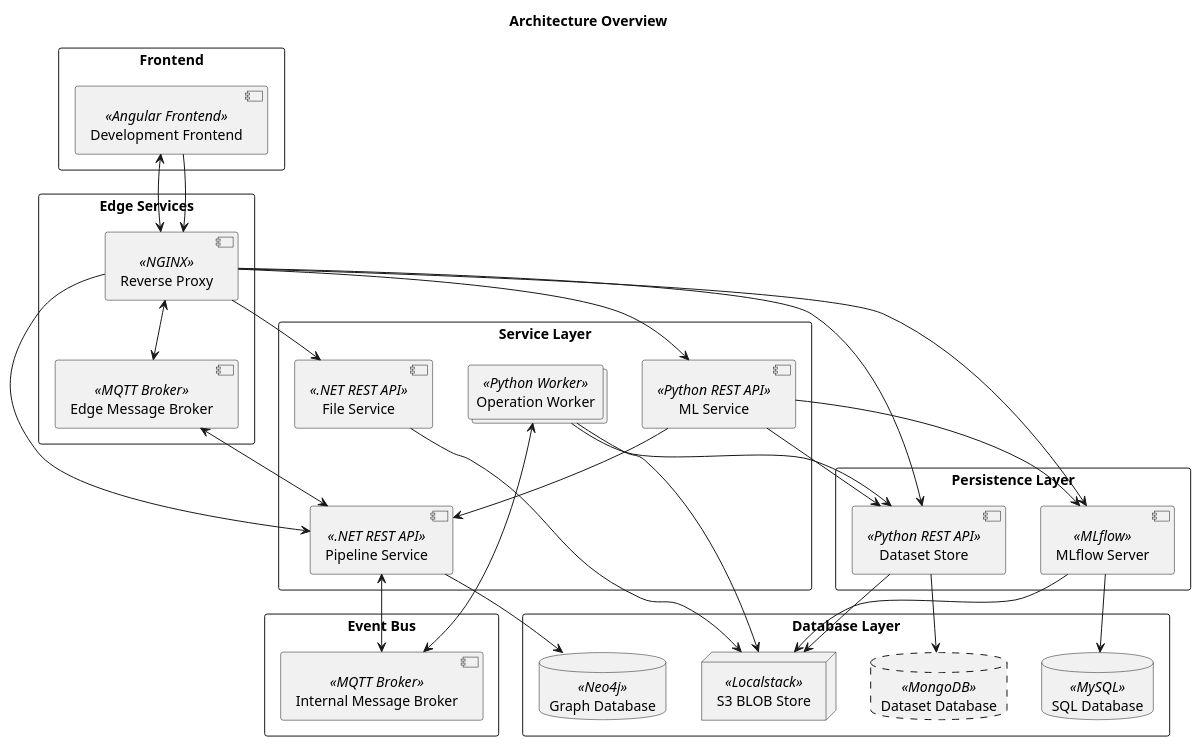
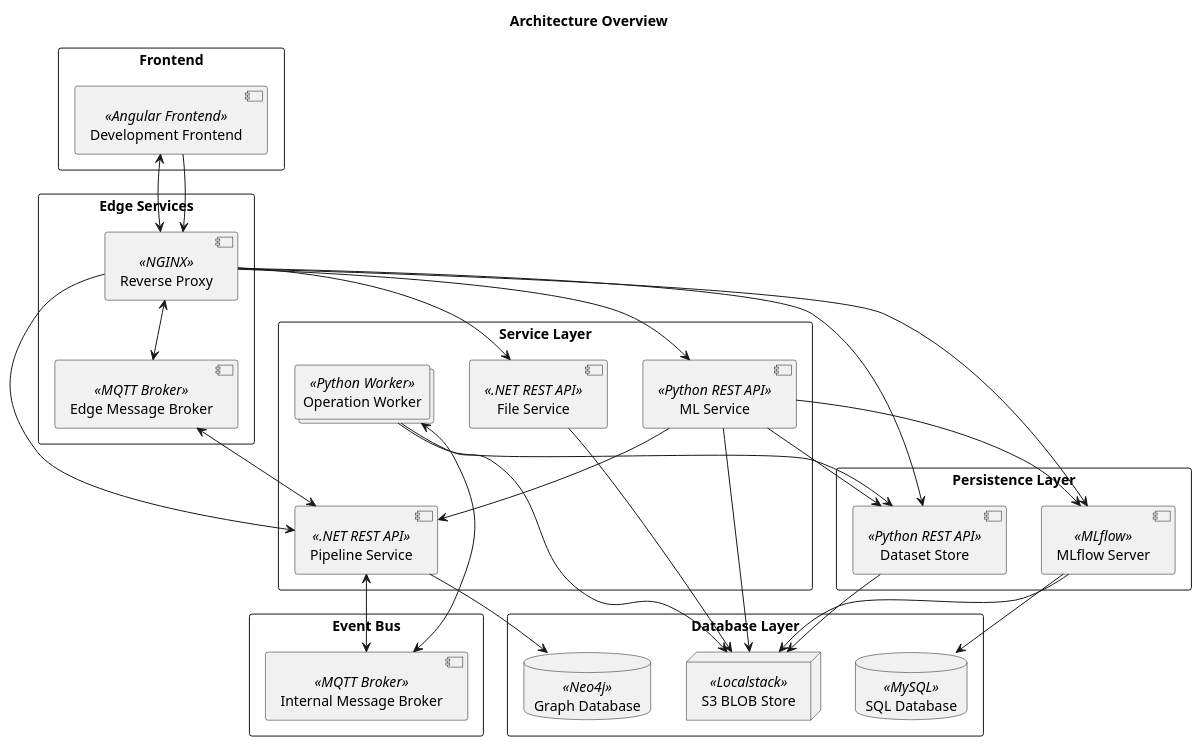
One commit to project-hanse/prototype-a changed the diagram in docs/architecture/overview.puml. Above: the diagram before and after it, drawn with PlantUML. The commit also changed 1 other file, not shown here.

```diff
--- a/docs/architecture/overview.puml
+++ b/docs/architecture/overview.puml
@@ -1,74 +1,75 @@
 @startuml
 'https://plantuml.com/deployment-diagram
 
 title "Architecture Overview"
 
 'Definitions'
 
 rectangle "Frontend" {
     component "Development Frontend" << Angular Frontend >> as development_frontend
 }
 
 rectangle "Edge Services" {
     component "Reverse Proxy" << NGINX >> as reverse_proxy
     component "Edge Message Broker" << MQTT Broker >> as message_broker_edge
 }
 
 rectangle "Event Bus" {
     component "Internal Message Broker" << MQTT Broker >> as message_broker_internal
 }
 
 rectangle "Service Layer" {
     component "Pipeline Service" << .NET REST API >> as pipeline_service
     collections  "Operation Worker" <<Python Worker>> as worker
     component "ML Service" << Python REST API >> as ml_service
     component "File Service" << .NET REST API >> as file_service
 }
 
 rectangle "Persistence Layer" {
     component "Dataset Store" << Python REST API >> as dataset_store
     component "MLflow Server" << MLflow >> as mlflow_server
 }
 
 rectangle "Database Layer" {
     database "Graph Database" << Neo4j >> as graph_db
     node "S3 BLOB Store" << Localstack >> as blob_store
-    database #line.dashed "Dataset Database" << MongoDB >> as dataset_db
+    'database #line.dashed "Dataset Database" << MongoDB >> as dataset_db
     database "SQL Database" << MySQL >> as mysql_db
 }
 
 'Interaction'
 
 development_frontend <--> reverse_proxy
 development_frontend --> reverse_proxy
 
 reverse_proxy --> pipeline_service
 reverse_proxy --> ml_service
 reverse_proxy --> file_service
 reverse_proxy <--> message_broker_edge
 'TODO: This connection should no longer exist'
 reverse_proxy --> dataset_store
 reverse_proxy --> mlflow_server
 
 ml_service --> mlflow_server
 ml_service --> dataset_store
 ml_service --> pipeline_service
+ml_service --> blob_store
 
 pipeline_service --> graph_db
 pipeline_service <--> message_broker_internal
 pipeline_service <--> message_broker_edge
 
-dataset_store --> dataset_db
+'dataset_store --> dataset_db
 'TODO: Default files should be seeded from file service PH-213'
 dataset_store --> blob_store
 
 file_service --> blob_store
 
 mlflow_server --> mysql_db
 mlflow_server --> blob_store
 
 worker --> dataset_store
 worker --> blob_store
 worker <--> message_broker_internal
 
 @enduml
```
